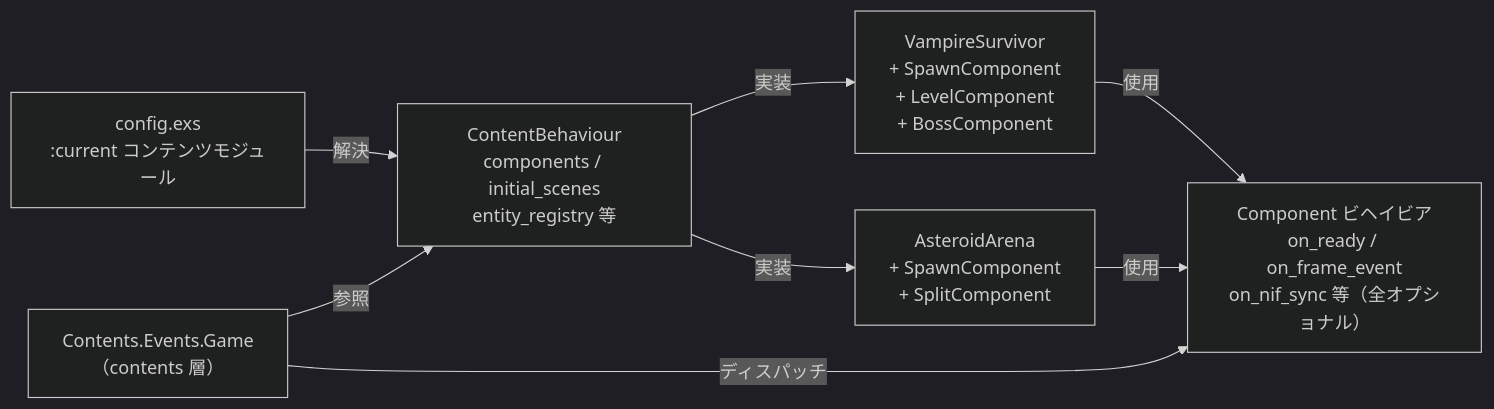
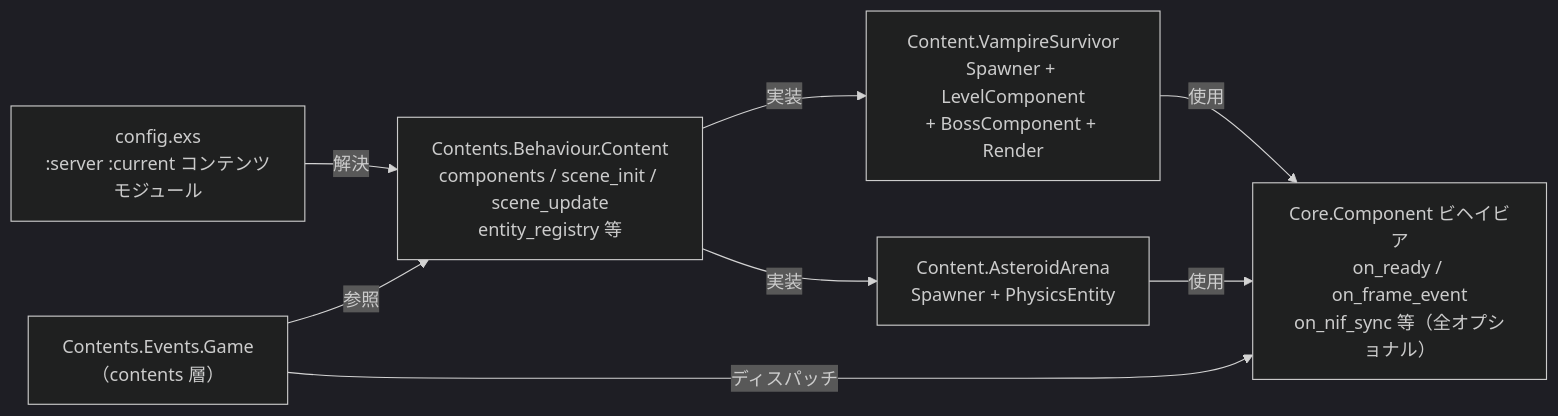
One commit to FRICK-ELDY/alchemy-engine changed the fifth of 16 diagrams in docs/architecture/overview.md. Above: the diagram before and after it, drawn with Mermaid (dark theme). The commit also changed other lines of this file and 7 other files, not shown here.

````diff
--- a/docs/architecture/overview.md
+++ b/docs/architecture/overview.md
@@ -308,17 +286,17 @@
 ```mermaid
 graph LR
-    CFG["config.exs\n:current コンテンツモジュール"]
-    CB["ContentBehaviour\ncomponents / initial_scenes\nentity_registry 等"]
-    COMP["Component ビヘイビア\non_ready / on_frame_event\non_nif_sync 等（全オプショナル）"]
+    CFG["config.exs\n:server :current コンテンツモジュール"]
+    CB["Contents.Behaviour.Content\ncomponents / scene_init / scene_update\nentity_registry 等"]
+    COMP["Core.Component ビヘイビア\non_ready / on_frame_event\non_nif_sync 等（全オプショナル）"]
     GE["Contents.Events.Game\n（contents 層）"]
-    VS["VampireSurvivor\n+ SpawnComponent\n+ LevelComponent\n+ BossComponent"]
-    AA["AsteroidArena\n+ SpawnComponent\n+ SplitComponent"]
+    VS["Content.VampireSurvivor\nSpawner + LevelComponent\n+ BossComponent + Render"]
+    AA["Content.AsteroidArena\nSpawner + PhysicsEntity"]
 
     CFG -->|解決| CB
     CB -->|実装| VS
     CB -->|実装| AA
     VS -->|使用| COMP
     AA -->|使用| COMP
     GE -->|参照| CB
     GE -->|ディスパッチ| COMP
 ```
````
